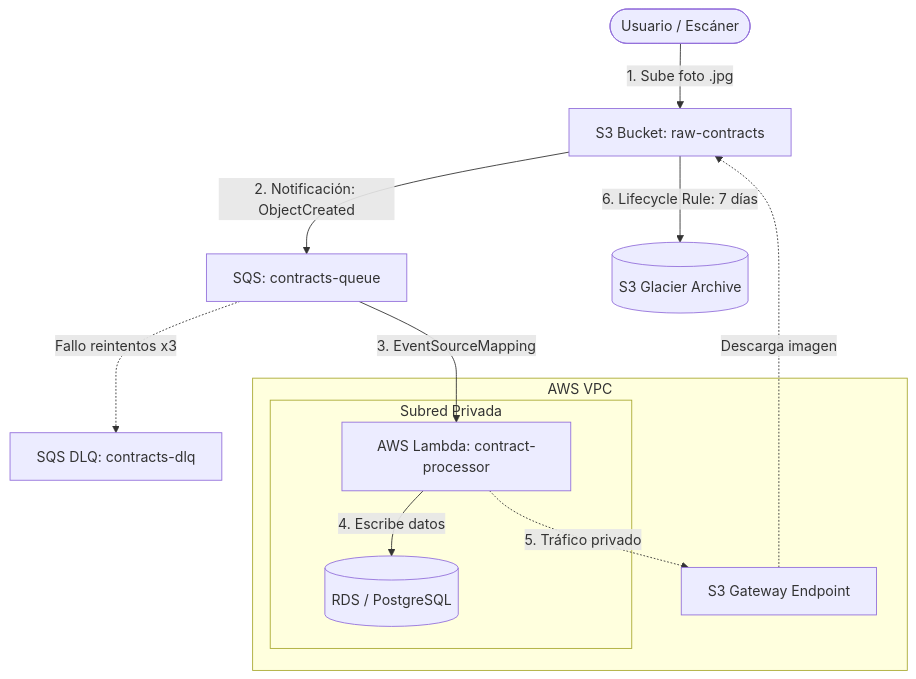
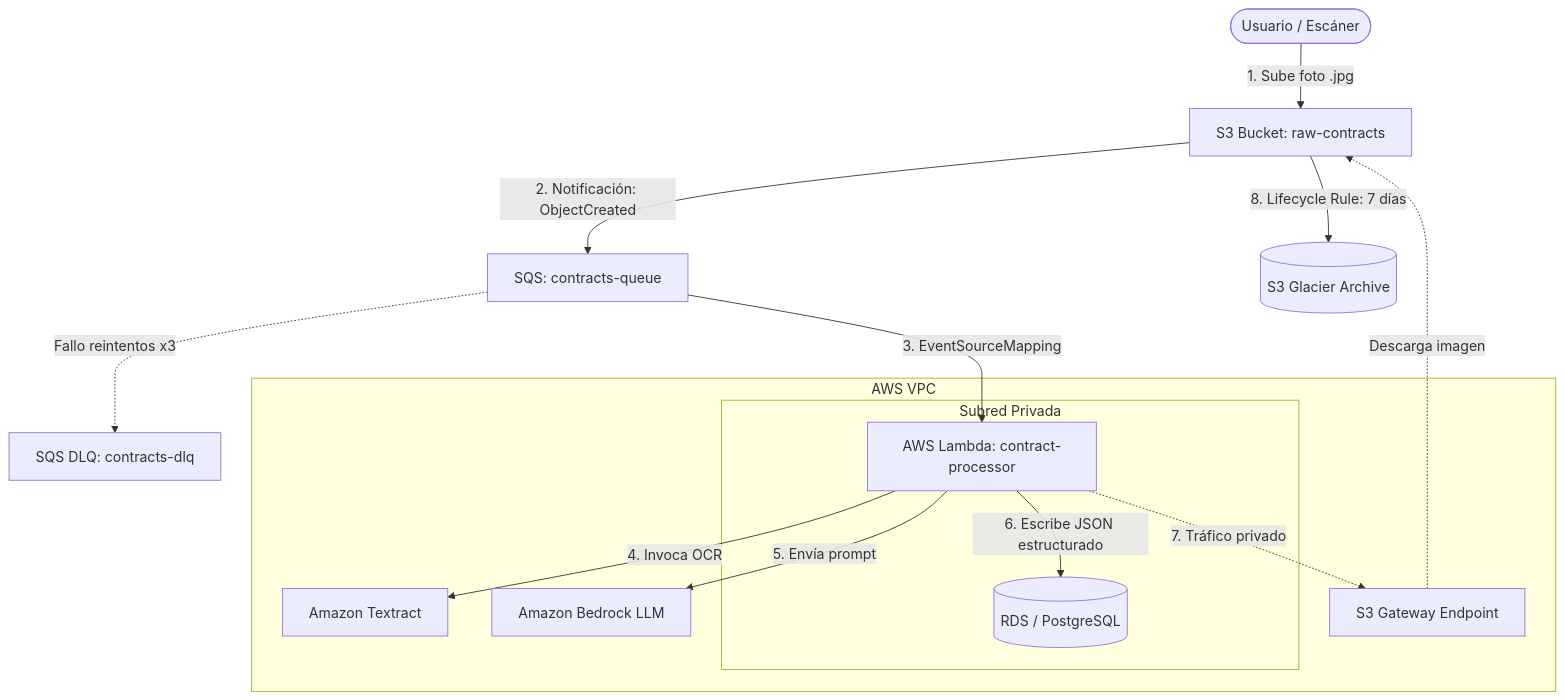
One commit to felincre/proyecto-final changed the first of 2 diagrams in docs/plan-de-migracion.md. Above: the diagram before and after it, drawn with Mermaid. The commit also changed other lines of this file and 2 other files, not shown here.

Commit message:
docs: integrar Amazon Textract (OCR) y Amazon Bedrock (LLM) a la arquitectura de produccion, plan de migracion y estimacion de costos

````diff
--- a/docs/plan-de-migracion.md
+++ b/docs/plan-de-migracion.md
@@ -21,19 +21,21 @@
 ```mermaid
 graph TD
     User([Usuario / Escáner]) -->|1. Sube foto .jpg| S3Raw[S3 Bucket: raw-contracts]
     S3Raw -->|2. Notificación: ObjectCreated| SQS[SQS: contracts-queue]
     SQS -.->|Fallo reintentos x3| DLQ[SQS DLQ: contracts-dlq]
     SQS -->|3. EventSourceMapping| Lambda[AWS Lambda: contract-processor]
     
     subgraph VPC [AWS VPC]
         subgraph SubnetPrivada [Subred Privada]
             Lambda
             RDS[(RDS / PostgreSQL)]
         end
-        Lambda -->|4. Escribe datos| RDS
-        Lambda -.->|5. Tráfico privado| S3Endpoint[S3 Gateway Endpoint]
+        Lambda -->|4. Invoca OCR| Textract[Amazon Textract]
+        Lambda -->|5. Envía prompt| Bedrock[Amazon Bedrock LLM]
+        Lambda -->|6. Escribe JSON estructurado| RDS
+        Lambda -.->|7. Tráfico privado| S3Endpoint[S3 Gateway Endpoint]
     end
     
     S3Endpoint -.->|Descarga imagen| S3Raw
-    S3Raw -->|6. Lifecycle Rule: 7 días| Glacier[(S3 Glacier Archive)]
+    S3Raw -->|8. Lifecycle Rule: 7 días| Glacier[(S3 Glacier Archive)]
 ```
````
